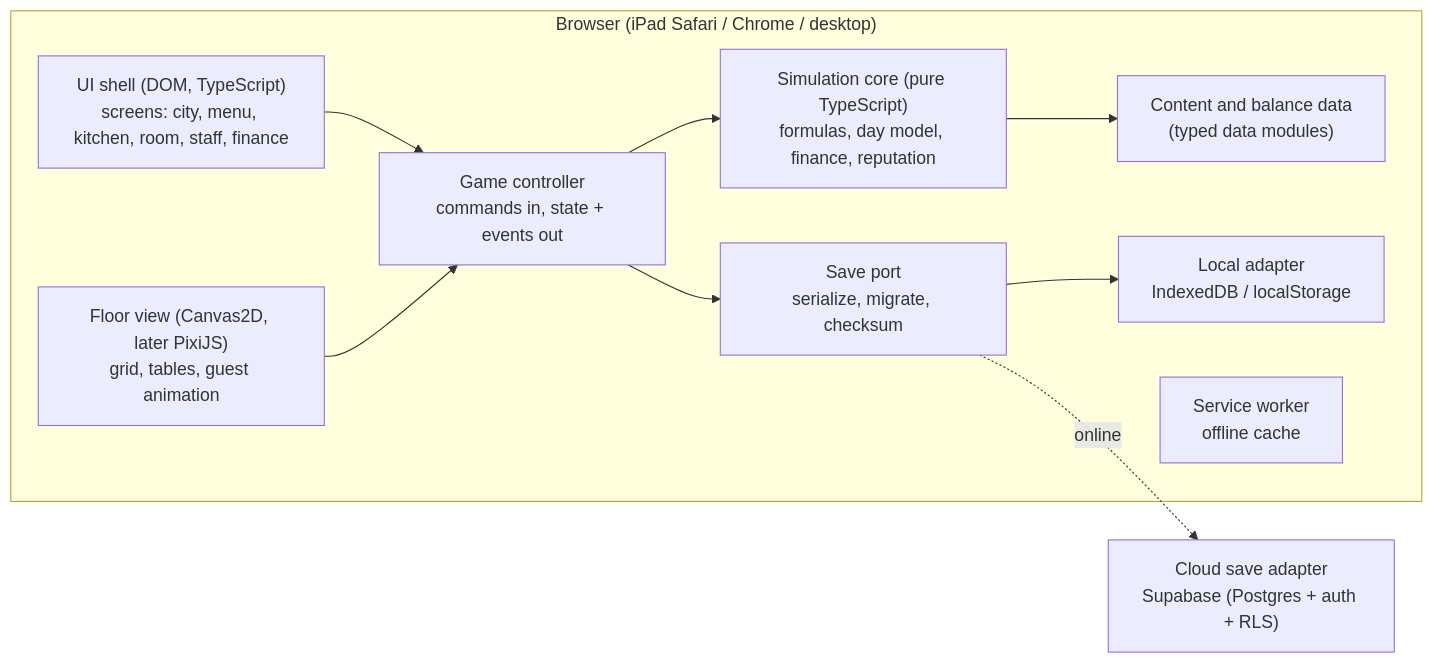
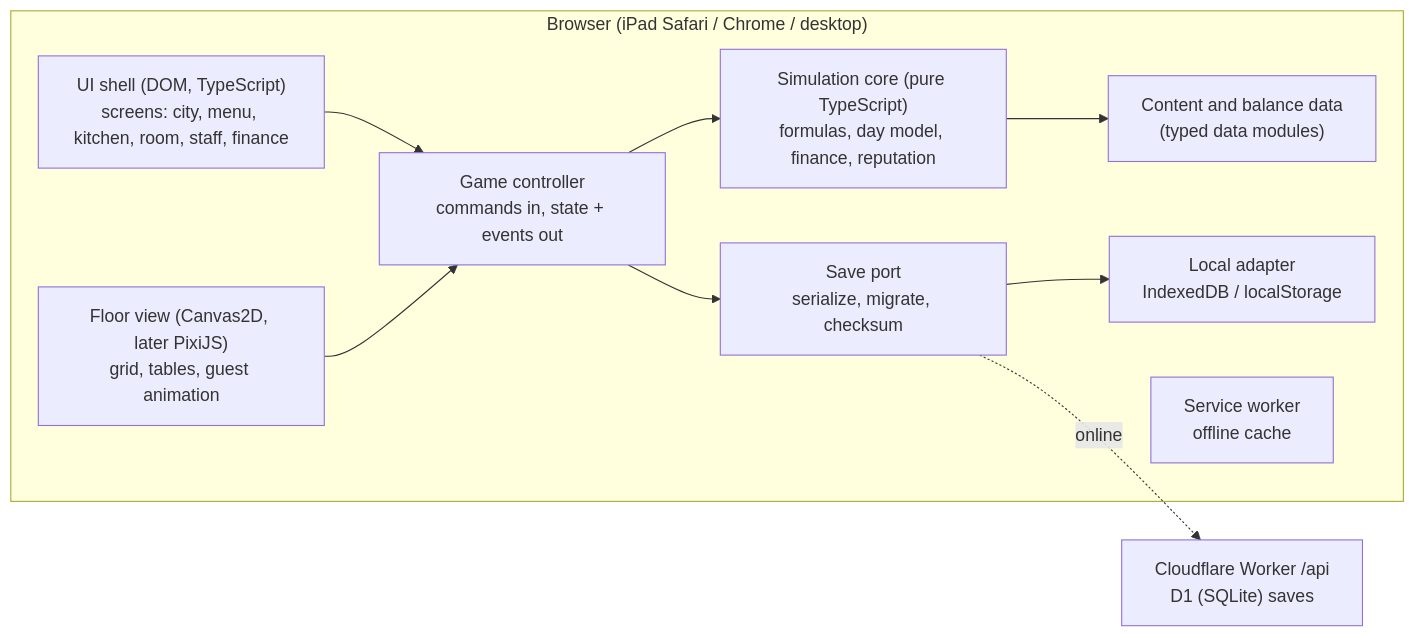
The first of 2 diagrams in 02-architecture/solution-design.md (dalhhorn-ship-it/pizzatycoon), drawn with Mermaid before and after one commit. The commit also changed other lines of this file and 30 other files, not shown here.

First line of the commit message:
Add playable Pizza D M0: browser UI, cloud saves on Cloudflare Workers

````diff
--- a/02-architecture/solution-design.md
+++ b/02-architecture/solution-design.md
@@ -27,21 +27,21 @@
 ```mermaid
 flowchart LR
   subgraph Browser["Browser (iPad Safari / Chrome / desktop)"]
     UI["UI shell (DOM, TypeScript)\nscreens: city, menu, kitchen, room, staff, finance"]
     Floor["Floor view (Canvas2D, later PixiJS)\ngrid, tables, guest animation"]
     Store["Game controller\ncommands in, state + events out"]
     Sim["Simulation core (pure TypeScript)\nformulas, day model, finance, reputation"]
     Data["Content and balance data\n(typed data modules)"]
     Save["Save port\nserialize, migrate, checksum"]
     Local["Local adapter\nIndexedDB / localStorage"]
     SW["Service worker\noffline cache"]
   end
-  Cloud["Cloud save adapter\nSupabase (Postgres + auth + RLS)"]
+  Cloud["Cloudflare Worker /api\nD1 (SQLite) saves"]
   UI --> Store
   Floor --> Store
   Store --> Sim
   Sim --> Data
   Store --> Save
   Save --> Local
   Save -. online .-> Cloud
 ```
````
